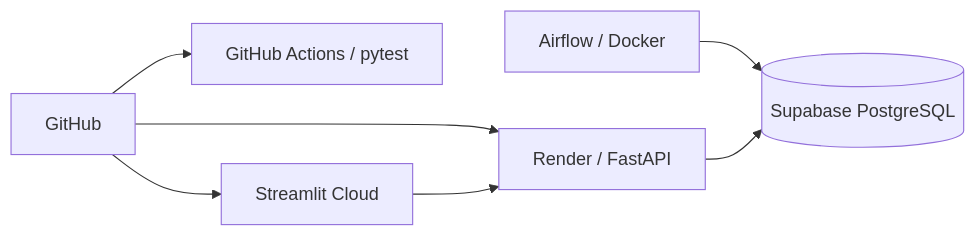
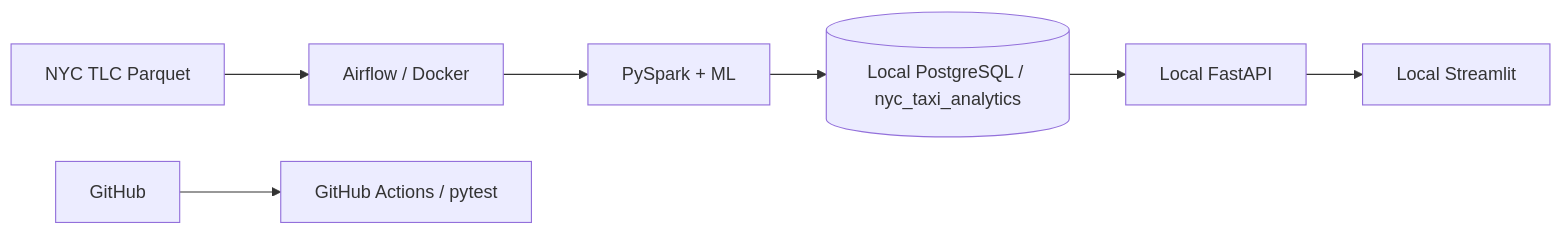
The diagram in docs/deployment.md (georgeballa7/NycTaxiDemandForecasting), drawn with Mermaid before and after one commit. The commit also changed other lines of this file, not shown here.

Commit message:
Document local-only PostgreSQL architecture: docs/deployment.md

````diff
--- a/docs/deployment.md
+++ b/docs/deployment.md
@@ -7,9 +7,9 @@
 ```mermaid
 flowchart LR
+    TLC[NYC TLC Parquet] --> Airflow[Airflow / Docker]
+    Airflow --> Spark[PySpark + ML]
+    Spark --> DB[(Local PostgreSQL / nyc_taxi_analytics)]
+    DB --> API[Local FastAPI]
+    API --> UI[Local Streamlit]
     GH[GitHub] --> CI[GitHub Actions / pytest]
-    GH --> Render[Render / FastAPI]
-    GH --> ST[Streamlit Cloud]
-    Airflow[Airflow / Docker] --> Supabase[(Supabase PostgreSQL)]
-    Render --> Supabase
-    ST --> Render
 ```
````
